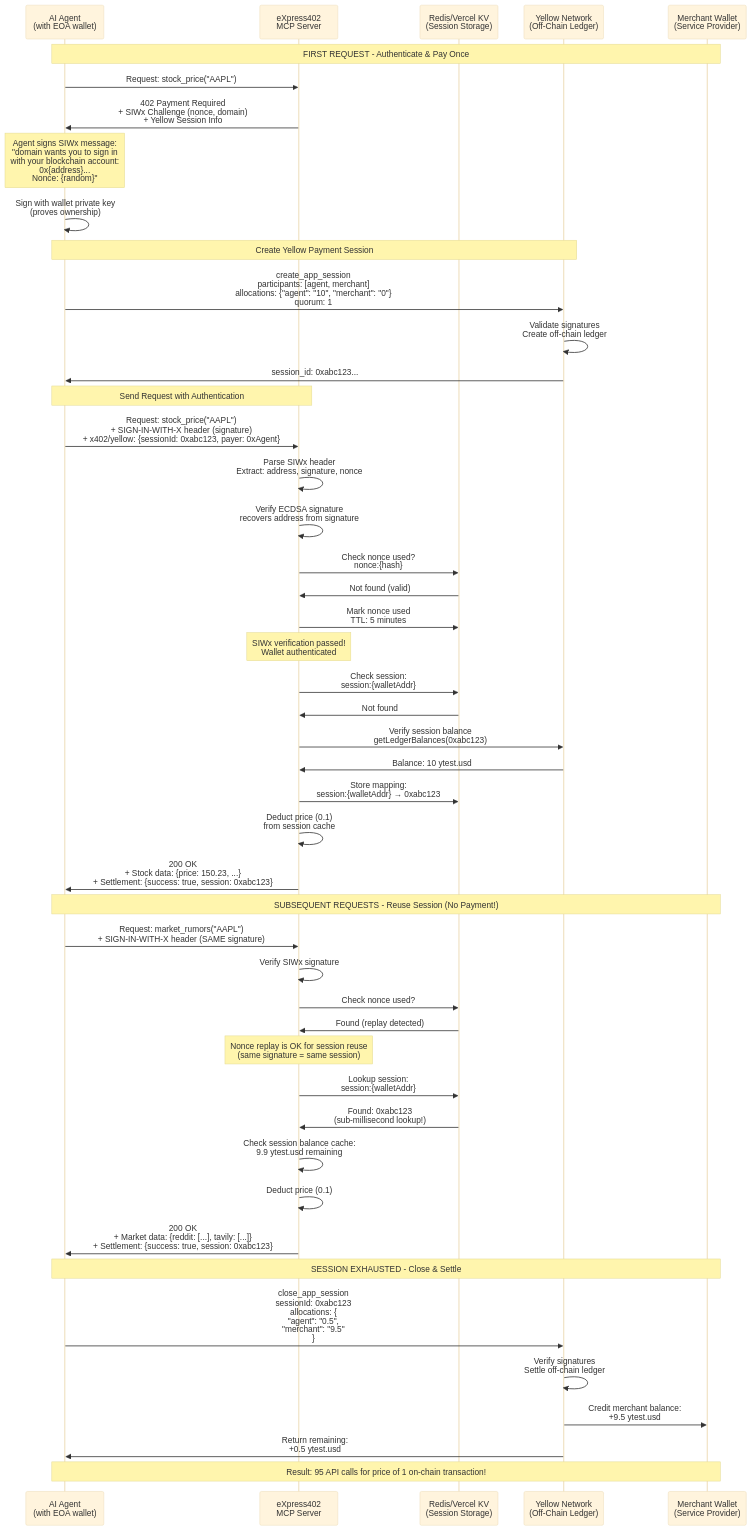
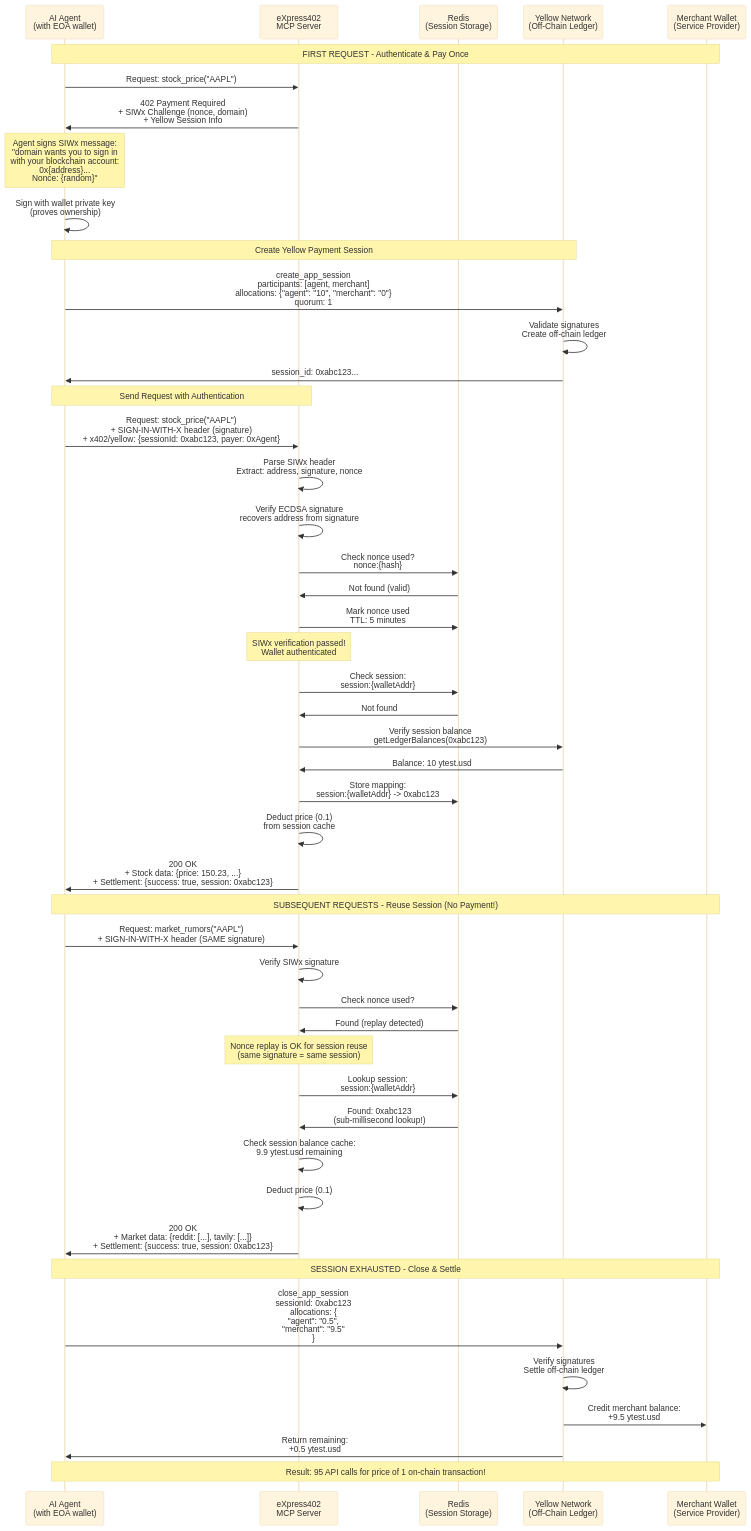
Before and after one commit to vhspace/eXpress402: the second of 8 diagrams in docs/HACKATHON-FLOWS.md, drawn with Mermaid (base theme). The commit also changed other lines of this file and 38 other files, not shown here.

````diff
--- a/docs/HACKATHON-FLOWS.md
+++ b/docs/HACKATHON-FLOWS.md
@@ -70,76 +70,76 @@
 ```mermaid
 sequenceDiagram
     participant Agent as AI Agent<br/>(with EOA wallet)
     participant MCP as eXpress402<br/>MCP Server
-    participant Redis as Redis/Vercel KV<br/>(Session Storage)
+    participant Redis as Redis<br/>(Session Storage)
     participant Yellow as Yellow Network<br/>(Off-Chain Ledger)
     participant Merchant as Merchant Wallet<br/>(Service Provider)
 
     Note over Agent,Merchant: FIRST REQUEST - Authenticate & Pay Once
     
     Agent->>MCP: Request: stock_price("AAPL")
     MCP->>Agent: 402 Payment Required<br/>+ SIWx Challenge (nonce, domain)<br/>+ Yellow Session Info
     
     Note over Agent: Agent signs SIWx message:<br/>"domain wants you to sign in<br/>with your blockchain account:<br/>0x{address}...<br/>Nonce: {random}"
     
     Agent->>Agent: Sign with wallet private key<br/>(proves ownership)
     
     Note over Agent,Yellow: Create Yellow Payment Session
     
     Agent->>Yellow: create_app_session<br/>participants: [agent, merchant]<br/>allocations: {"agent": "10", "merchant": "0"}<br/>quorum: 1
     Yellow->>Yellow: Validate signatures<br/>Create off-chain ledger
     Yellow->>Agent: session_id: 0xabc123...
     
     Note over Agent,MCP: Send Request with Authentication
     
     Agent->>MCP: Request: stock_price("AAPL")<br/>+ SIGN-IN-WITH-X header (signature)<br/>+ x402/yellow: {sessionId: 0xabc123, payer: 0xAgent}
     
     MCP->>MCP: Parse SIWx header<br/>Extract: address, signature, nonce
     MCP->>MCP: Verify ECDSA signature<br/>recovers address from signature
     MCP->>Redis: Check nonce used?<br/>nonce:{hash}
     Redis->>MCP: Not found (valid)
     MCP->>Redis: Mark nonce used<br/>TTL: 5 minutes
     
     Note over MCP: SIWx verification passed!<br/>Wallet authenticated
     
     MCP->>Redis: Check session:<br/>session:{walletAddr}
     Redis->>MCP: Not found
     
     MCP->>Yellow: Verify session balance<br/>getLedgerBalances(0xabc123)
     Yellow->>MCP: Balance: 10 ytest.usd
     
-    MCP->>Redis: Store mapping:<br/>session:{walletAddr} → 0xabc123
+    MCP->>Redis: Store mapping:<br/>session:{walletAddr} -> 0xabc123
     
     MCP->>MCP: Deduct price (0.1)<br/>from session cache
     
     MCP->>Agent: 200 OK<br/>+ Stock data: {price: 150.23, ...}<br/>+ Settlement: {success: true, session: 0xabc123}
 
     Note over Agent,Merchant: SUBSEQUENT REQUESTS - Reuse Session (No Payment!)
     
     Agent->>MCP: Request: market_rumors("AAPL")<br/>+ SIGN-IN-WITH-X header (SAME signature)
     
     MCP->>MCP: Verify SIWx signature
     MCP->>Redis: Check nonce used?
     Redis->>MCP: Found (replay detected)
     
     Note over MCP: Nonce replay is OK for session reuse<br/>(same signature = same session)
     
     MCP->>Redis: Lookup session:<br/>session:{walletAddr}
     Redis->>MCP: Found: 0xabc123<br/>(sub-millisecond lookup!)
     
     MCP->>MCP: Check session balance cache:<br/>9.9 ytest.usd remaining
     
     MCP->>MCP: Deduct price (0.1)
     
     MCP->>Agent: 200 OK<br/>+ Market data: {reddit: [...], tavily: [...]}<br/>+ Settlement: {success: true, session: 0xabc123}
     
     Note over Agent,Merchant: SESSION EXHAUSTED - Close & Settle
     
     Agent->>Yellow: close_app_session<br/>sessionId: 0xabc123<br/>allocations: {<br/>  "agent": "0.5",<br/>  "merchant": "9.5"<br/>}
     
     Yellow->>Yellow: Verify signatures<br/>Settle off-chain ledger
     Yellow->>Merchant: Credit merchant balance:<br/>+9.5 ytest.usd
     Yellow->>Agent: Return remaining:<br/>+0.5 ytest.usd
     
     Note over Agent,Merchant: Result: 95 API calls for price of 1 on-chain transaction!
 ```
````
